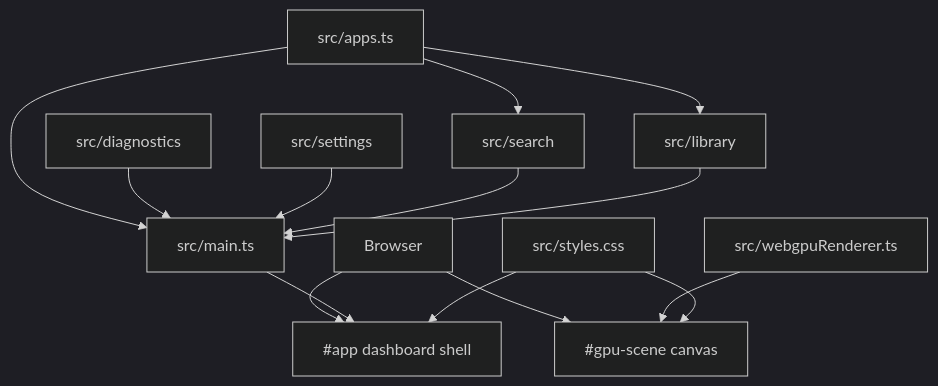
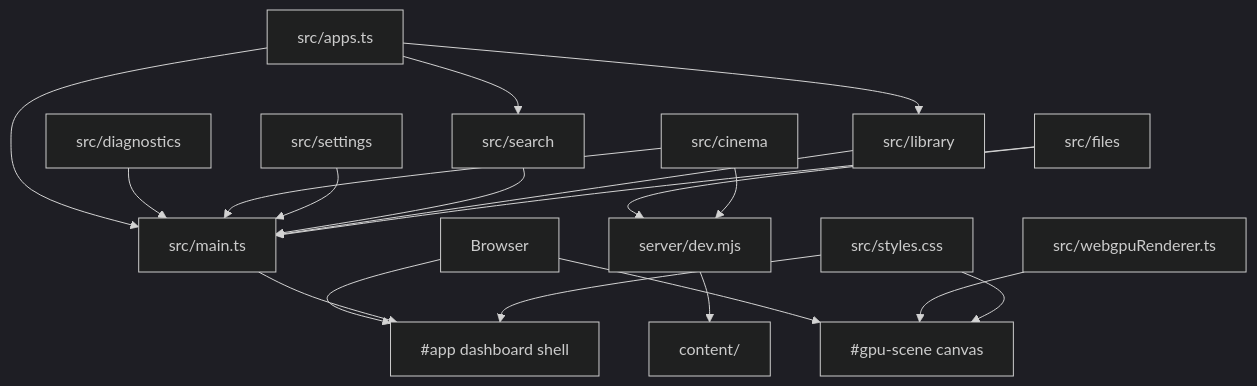
The diagram in docs/architecture.md (jost-aaron/nebula), drawn with Mermaid (dark theme) before and after one commit. The commit also changed other lines of this file and 33 other files, not shown here.

````diff
--- a/docs/architecture.md
+++ b/docs/architecture.md
@@ -8,28 +8,37 @@
 ```mermaid
 flowchart TD
   Browser["Browser"]
   Canvas["#gpu-scene canvas"]
   Shell["#app dashboard shell"]
   Renderer["src/webgpuRenderer.ts"]
   Main["src/main.ts"]
   Registry["src/apps.ts"]
   Diagnostics["src/diagnostics"]
+  Cinema["src/cinema"]
   Settings["src/settings"]
   Search["src/search"]
   Library["src/library"]
+  Files["src/files"]
+  Server["server/dev.mjs"]
+  Content["content/"]
   Styles["src/styles.css"]
 
   Browser --> Canvas
   Browser --> Shell
   Renderer --> Canvas
   Main --> Shell
   Registry --> Main
   Diagnostics --> Main
+  Cinema --> Main
   Settings --> Main
   Search --> Main
   Library --> Main
+  Files --> Main
   Registry --> Search
   Registry --> Library
+  Server --> Content
+  Files --> Server
+  Cinema --> Server
   Styles --> Shell
   Styles --> Canvas
 ```
````
